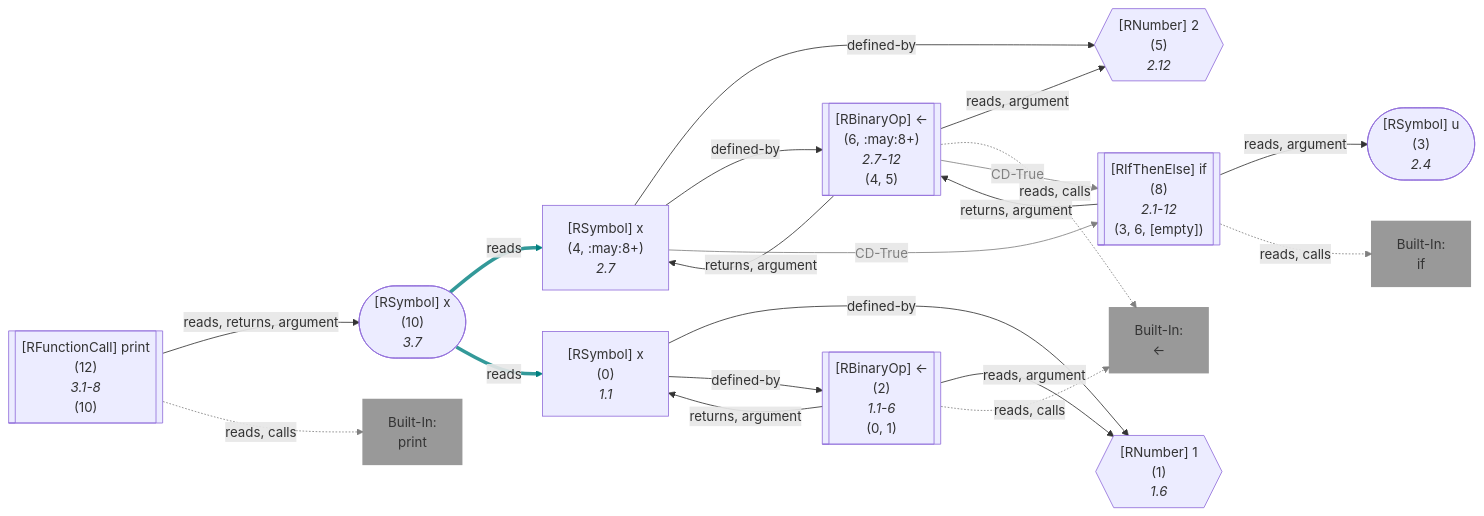
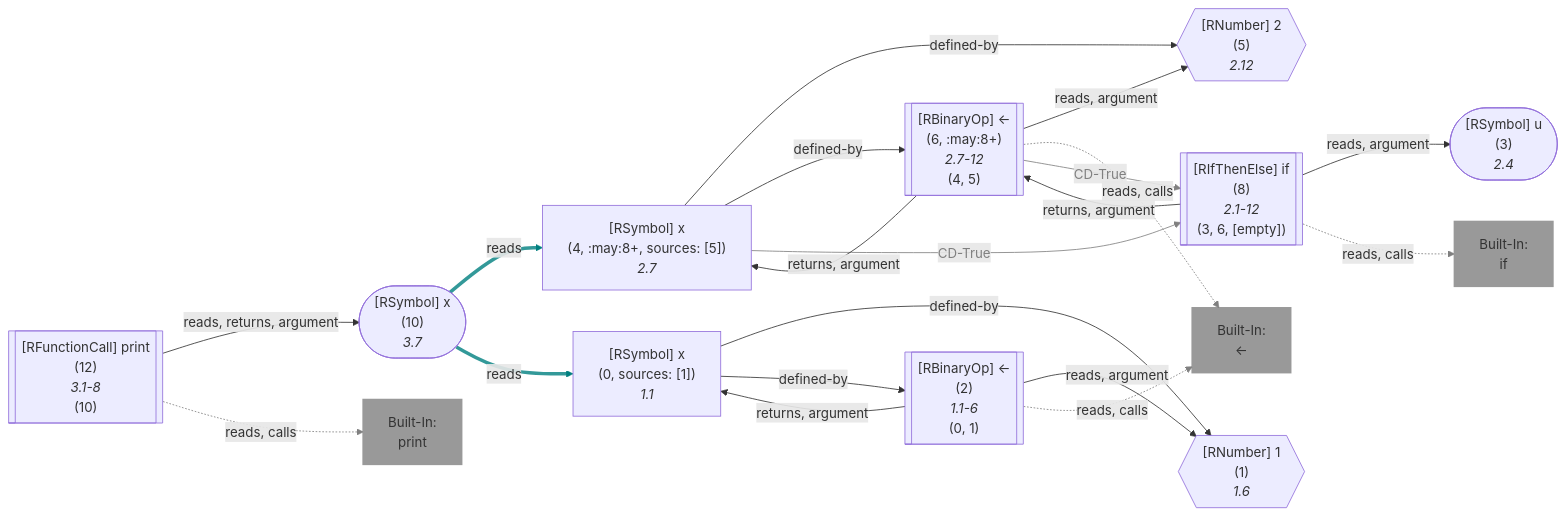
One commit to flowr-analysis/flowr changed diagram 13 of 58 in wiki/Dataflow Graph.md. Above: the diagram before and after it, drawn with Mermaid. The commit also changed other lines of this file and 90 other files, not shown here.

````diff
--- a/wiki/Dataflow Graph.md
+++ b/wiki/Dataflow Graph.md
@@ -953,76 +954,76 @@
 ```mermaid
 flowchart LR
     1{{"`#91;RNumber#93; 1
       (1)
       *1.6*`"}}
    %% No edges found for 1
     0["`#91;RSymbol#93; x
-      (0)
+      (0, sources: [1])
       *1.1*`"]
     2[["`#91;RBinaryOp#93; #60;#45;
       (2)
       *1.1-6*
     (0, 1)`"]]
     built-in:_-["`Built-In:
 #60;#45;`"]
     style built-in:_- stroke:gray,fill:gray,stroke-width:2px,opacity:.8;
     3(["`#91;RSymbol#93; u
       (3)
       *2.4*`"])
    %% No edges found for 3
     5{{"`#91;RNumber#93; 2
       (5)
       *2.12*`"}}
    %% No edges found for 5
     4["`#91;RSymbol#93; x
-      (4, :may:8+)
+      (4, :may:8+, sources: [5])
       *2.7*`"]
     6[["`#91;RBinaryOp#93; #60;#45;
       (6, :may:8+)
       *2.7-12*
     (4, 5)`"]]
     8[["`#91;RIfThenElse#93; if
       (8)
       *2.1-12*
     (3, 6, #91;empty#93;)`"]]
     built-in:if["`Built-In:
 if`"]
     style built-in:if stroke:gray,fill:gray,stroke-width:2px,opacity:.8;
     10(["`#91;RSymbol#93; x
       (10)
       *3.7*`"])
     12[["`#91;RFunctionCall#93; print
       (12)
       *3.1-8*
     (10)`"]]
     built-in:print["`Built-In:
 print`"]
     style built-in:print stroke:gray,fill:gray,stroke-width:2px,opacity:.8;
     0 -->|"defined-by"| 1
     0 -->|"defined-by"| 2
     2 -->|"reads, argument"| 1
     2 -->|"returns, argument"| 0
     2 -.->|"reads, calls"| built-in:_-
     linkStyle 4 stroke:gray;
     4 -->|"defined-by"| 5
     4 -->|"defined-by"| 6
     4 -->|"CD-True"| 8
     linkStyle 7 stroke:gray,color:gray;
     6 -->|"reads, argument"| 5
     6 -->|"returns, argument"| 4
     6 -.->|"reads, calls"| built-in:_-
     linkStyle 10 stroke:gray;
     6 -->|"CD-True"| 8
     linkStyle 11 stroke:gray,color:gray;
     8 -->|"returns, argument"| 6
     8 -->|"reads, argument"| 3
     8 -.->|"reads, calls"| built-in:if
     linkStyle 14 stroke:gray;
     10 -->|"reads"| 4
     linkStyle 15 stroke:teal,stroke-width:4.2px,stroke-opacity:.8
     10 -->|"reads"| 0
     linkStyle 16 stroke:teal,stroke-width:4.2px,stroke-opacity:.8
     12 -->|"reads, returns, argument"| 10
     12 -.->|"reads, calls"| built-in:print
     linkStyle 18 stroke:gray;
 ```
````
